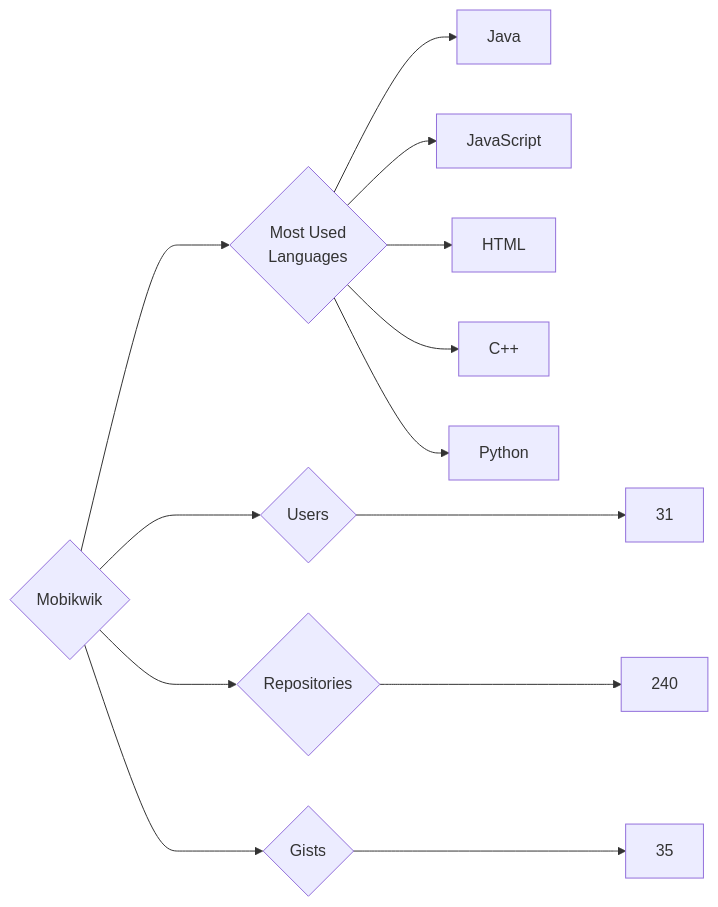
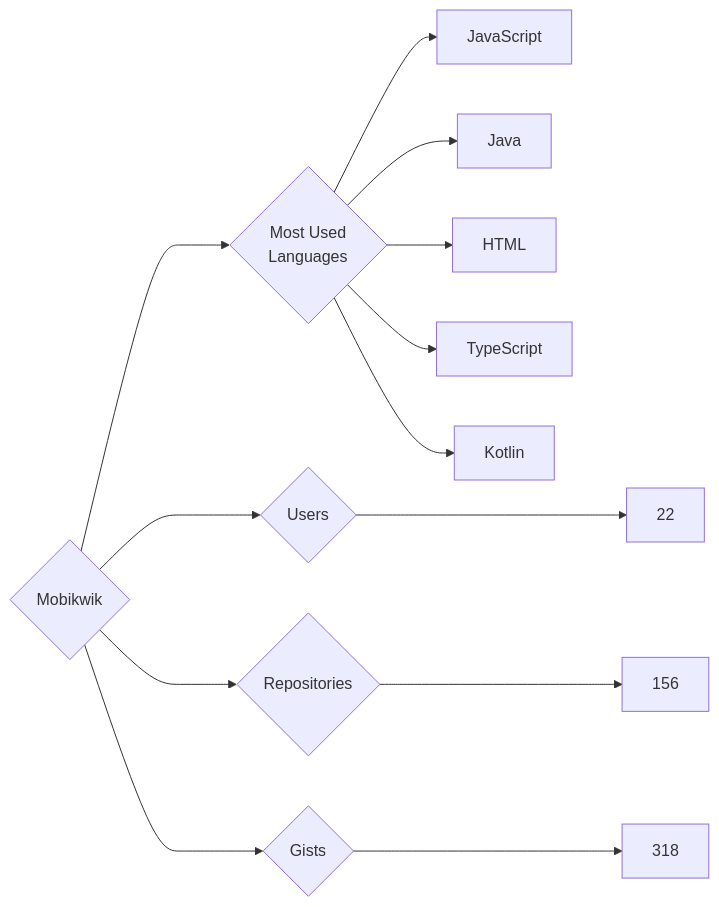
One commit to trickest/insiders changed the diagram in targets/Mobikwik/README.md. Above: the diagram before and after it, drawn with Mermaid. The commit also changed 728 other files, not shown here.

````diff
--- a/targets/Mobikwik/README.md
+++ b/targets/Mobikwik/README.md
@@ -3,13 +3,13 @@
 ```mermaid
 graph LR
 COMPANY_NAME{Mobikwik}
-COMPANY_NAME ---> U{Users} ---> UN[31]
-COMPANY_NAME ---> R{Repositories} ---> RN[240]
-COMPANY_NAME ---> G{Gists} ---> GN[35]
+COMPANY_NAME ---> U{Users} ---> UN[22]
+COMPANY_NAME ---> R{Repositories} ---> RN[156]
+COMPANY_NAME ---> G{Gists} ---> GN[318]
 COMPANY_NAME ---> ML{Most Used<br>Languages}
+ML --> JavaScript[JavaScript]
 ML --> Java[Java]
-ML --> JavaScript[JavaScript]
 ML --> HTML[HTML]
-ML --> C++[C++]
-ML --> Python[Python]
+ML --> TypeScript[TypeScript]
+ML --> Kotlin[Kotlin]
 ```
````
